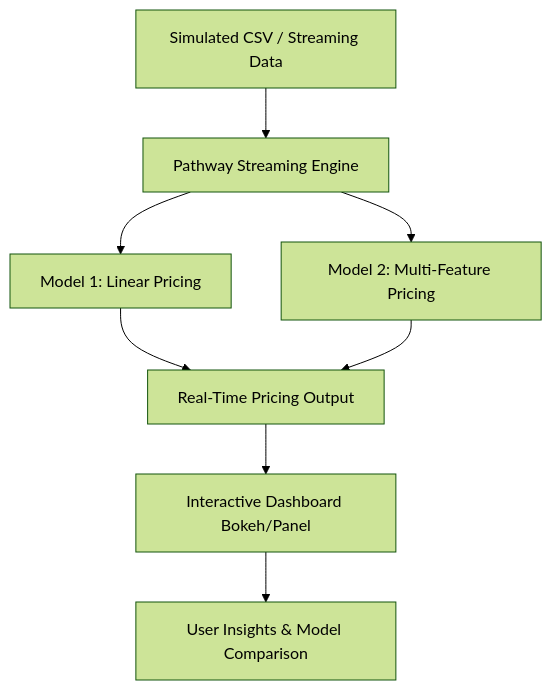
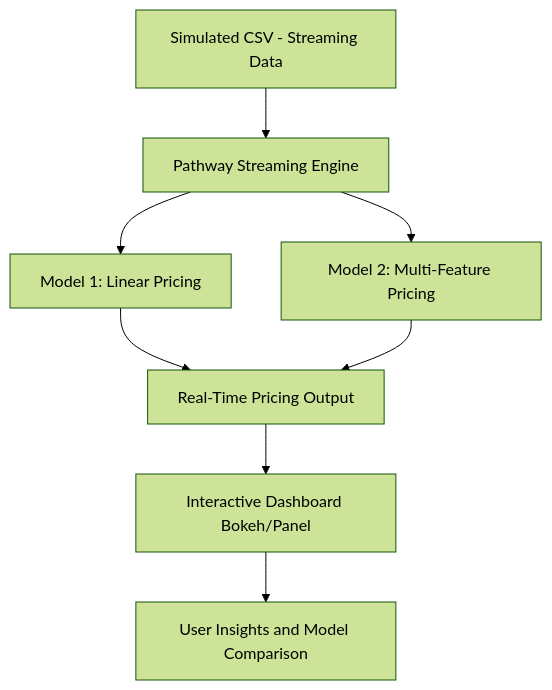
The diagram in README.md (B-h-a-v-y-a-T/Capstone-Project), drawn with Mermaid (forest theme) before and after one commit.

````diff
--- a/README.md
+++ b/README.md
@@ -43,10 +43,10 @@
 ```mermaid
 graph TD
-    A[Simulated CSV / Streaming Data] --> B[Pathway Streaming Engine]
+    A[Simulated CSV - Streaming Data] --> B[Pathway Streaming Engine]
     B --> C1[Model 1: Linear Pricing]
     B --> C2[Model 2: Multi-Feature Pricing]
     C1 --> D[Real-Time Pricing Output]
     C2 --> D
     D --> E[Interactive Dashboard Bokeh/Panel]
-    E --> F[User Insights & Model Comparison]
+    E --> F[User Insights and Model Comparison]
 ```
````
